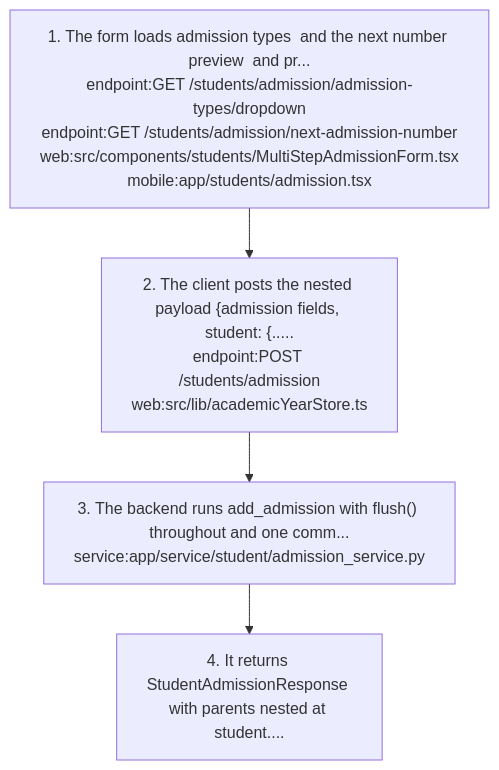
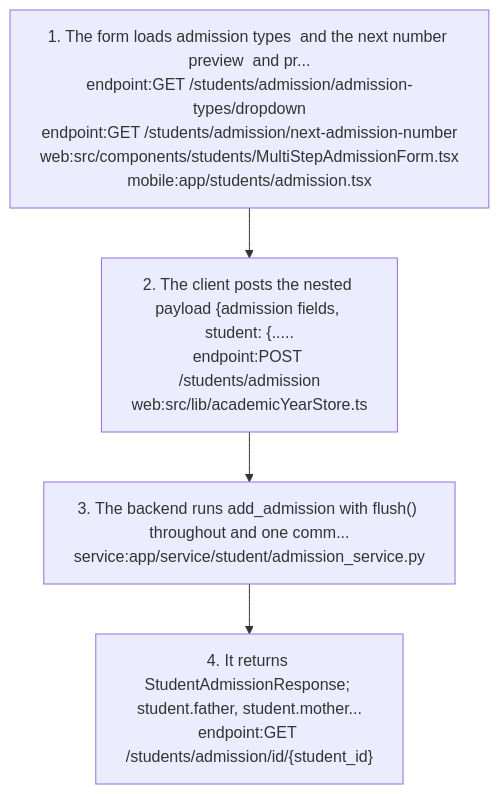
The fifth of 9 diagrams in docs/graph/views/students.md (nerellasraj21/cos360_full_app), drawn with Mermaid before and after one commit. The commit also changed other lines of this file and 44 other files, not shown here.

First line of the commit message:
Re-verify project docs and knowledge graph against current code

````diff
--- a/docs/graph/views/students.md
+++ b/docs/graph/views/students.md
@@ -280,10 +280,10 @@
 ```mermaid
 flowchart TD
   s1["1. The form loads admission types  and the next number preview  and pr...<br/>endpoint:GET /students/admission/admission-types/dropdown<br/>endpoint:GET /students/admission/next-admission-number<br/>web:src/components/students/MultiStepAdmissionForm.tsx<br/>mobile:app/students/admission.tsx"]
   s2["2. The client posts the nested payload {admission fields, student: {.....<br/>endpoint:POST /students/admission<br/>web:src/lib/academicYearStore.ts"]
   s1 --> s2
   s3["3. The backend runs add_admission with flush() throughout and one comm...<br/>service:app/service/student/admission_service.py"]
   s2 --> s3
-  s4["4. It returns StudentAdmissionResponse with parents nested at student...."]
+  s4["4. It returns StudentAdmissionResponse; student.father, student.mother...<br/>endpoint:GET /students/admission/id/{student_id}"]
   s3 --> s4
 ```
````
